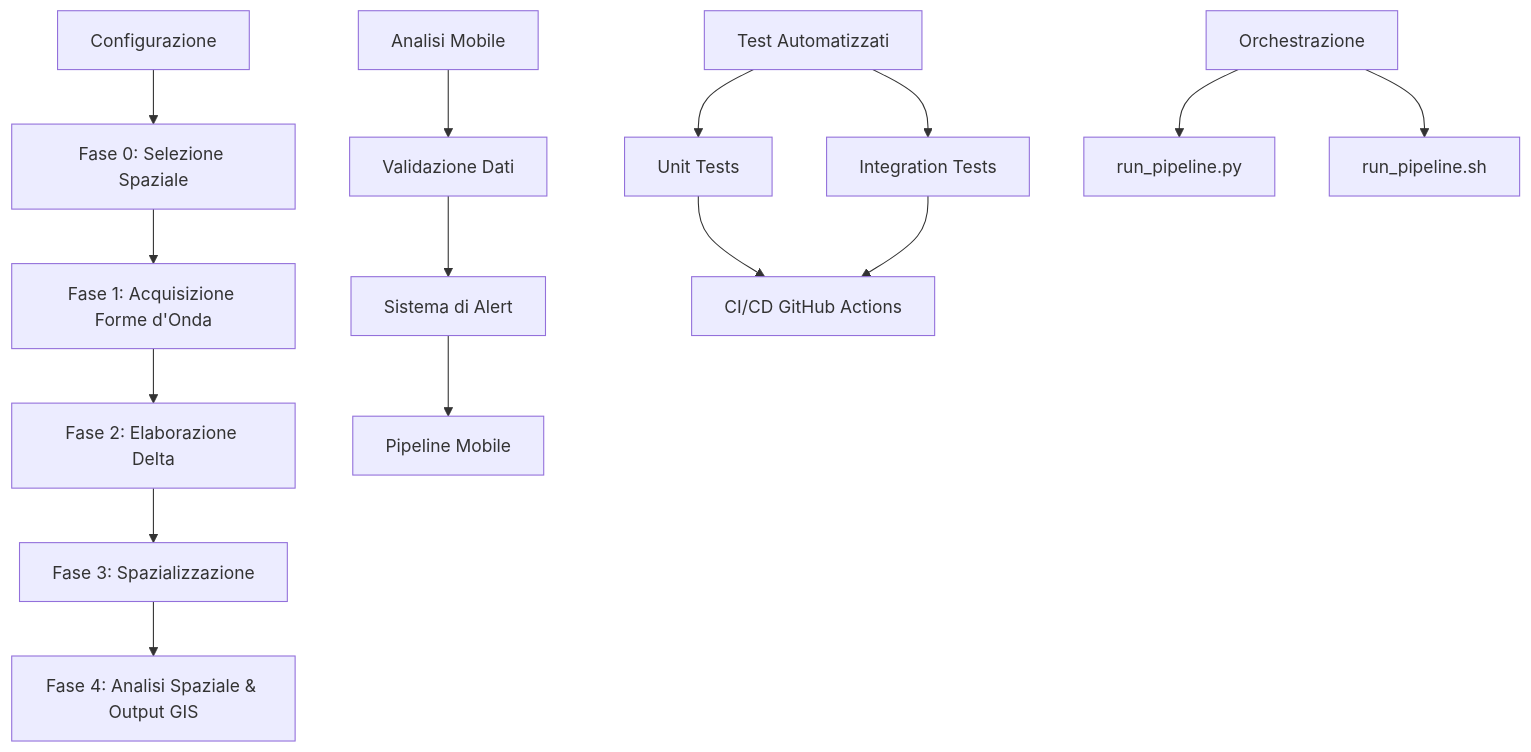
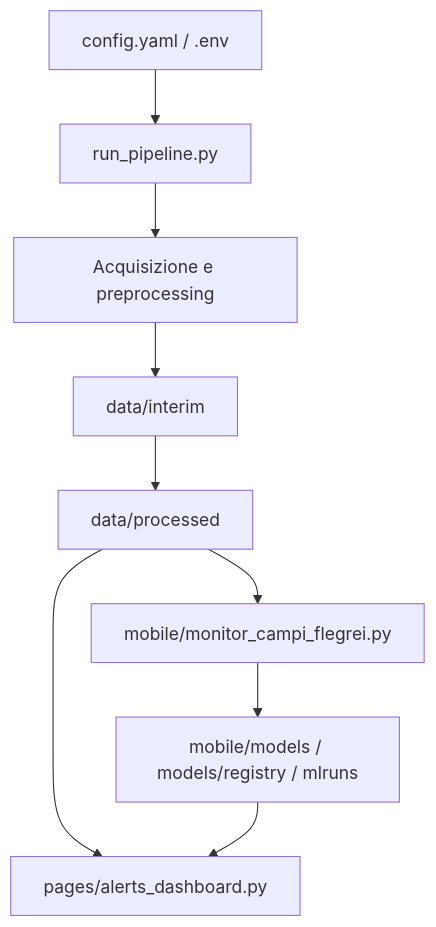
Before and after one commit to pietroscik/Pipeline-Sismologica-Geospaziale: the diagram in README.md, drawn with Mermaid. The commit also changed other lines of this file and 17 other files, not shown here.

````diff
--- a/README.md
+++ b/README.md
@@ -39,20 +42,11 @@
 ```mermaid
 flowchart TD
-    A[Configurazione] --> B[Fase 0: Selezione Spaziale]
-    B --> C[Fase 1: Acquisizione Forme d'Onda]
-    C --> D[Fase 2: Elaborazione Delta]
-    D --> E[Fase 3: Spazializzazione]
-    E --> F[Fase 4: Analisi Spaziale & Output GIS]
-    
-    G[Analisi Mobile] --> H[Validazione Dati]
-    H --> I[Sistema di Alert]
-    I --> J[Pipeline Mobile]
-    
-    K[Test Automatizzati] --> L[Unit Tests]
-    K --> M[Integration Tests]
-    L --> N[CI/CD GitHub Actions]
-    M --> N
-    
-    O[Orchestrazione] --> P[run_pipeline.py]
-    O --> Q[run_pipeline.sh]
+    A[config.yaml / .env] --> B[run_pipeline.py]
+    B --> C[Acquisizione e preprocessing]
+    C --> D[data/interim]
+    D --> E[data/processed]
+    E --> F[mobile/monitor_campi_flegrei.py]
+    F --> G[mobile/models / models/registry / mlruns]
+    E --> H[pages/alerts_dashboard.py]
+    G --> H
 ```
````
